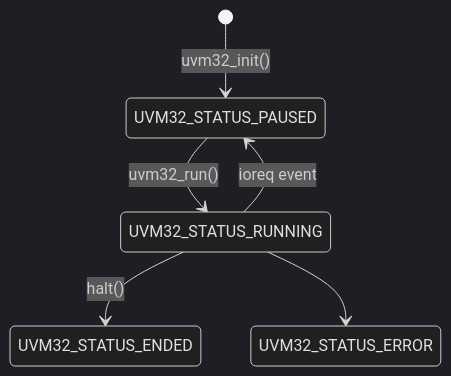
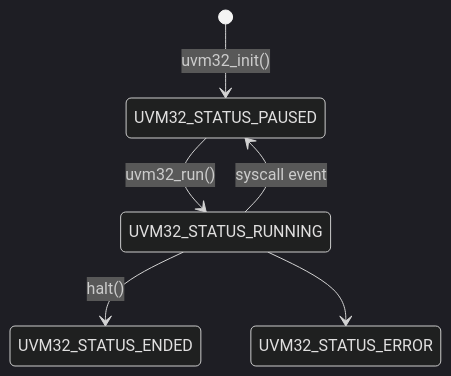
The diagram in README.md (tripmotions/uvm32), drawn with Mermaid (dark theme) before and after one commit. The commit also changed other lines of this file and 19 other files, not shown here.

Commit message:
Rename ioreq to syscall

````diff
--- a/README.md
+++ b/README.md
@@ -91,8 +91,8 @@
 ```mermaid
 stateDiagram
     [*] --> UVM32_STATUS_PAUSED : uvm32_init()
     UVM32_STATUS_PAUSED-->UVM32_STATUS_RUNNING : uvm32_run()
-    UVM32_STATUS_RUNNING --> UVM32_STATUS_PAUSED : ioreq event
+    UVM32_STATUS_RUNNING --> UVM32_STATUS_PAUSED : syscall event
     UVM32_STATUS_RUNNING --> UVM32_STATUS_ENDED : halt()
     UVM32_STATUS_RUNNING --> UVM32_STATUS_ERROR
 ```
````
